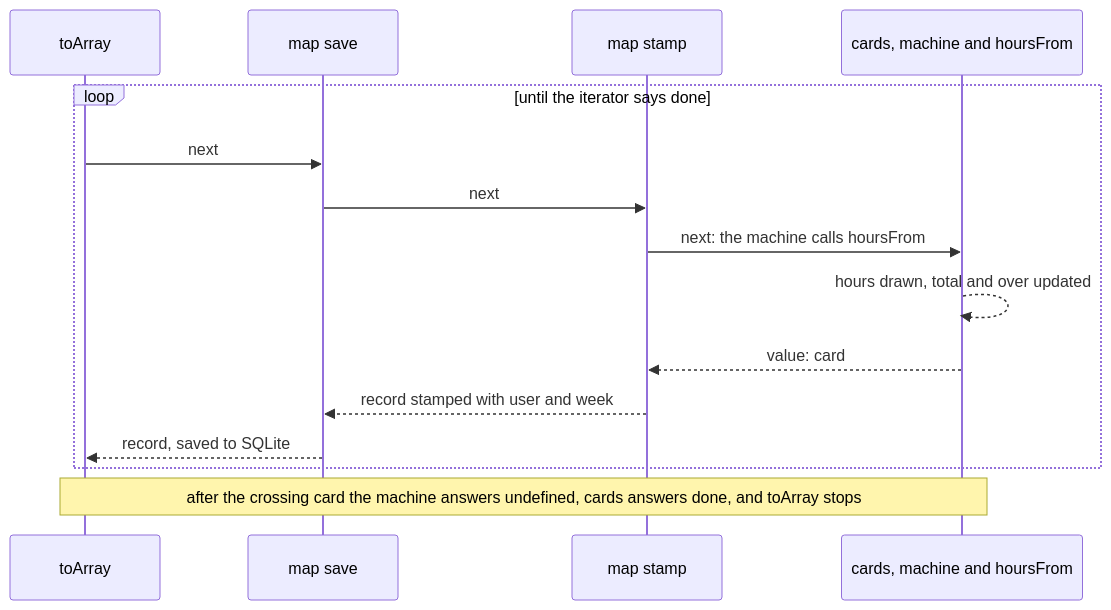
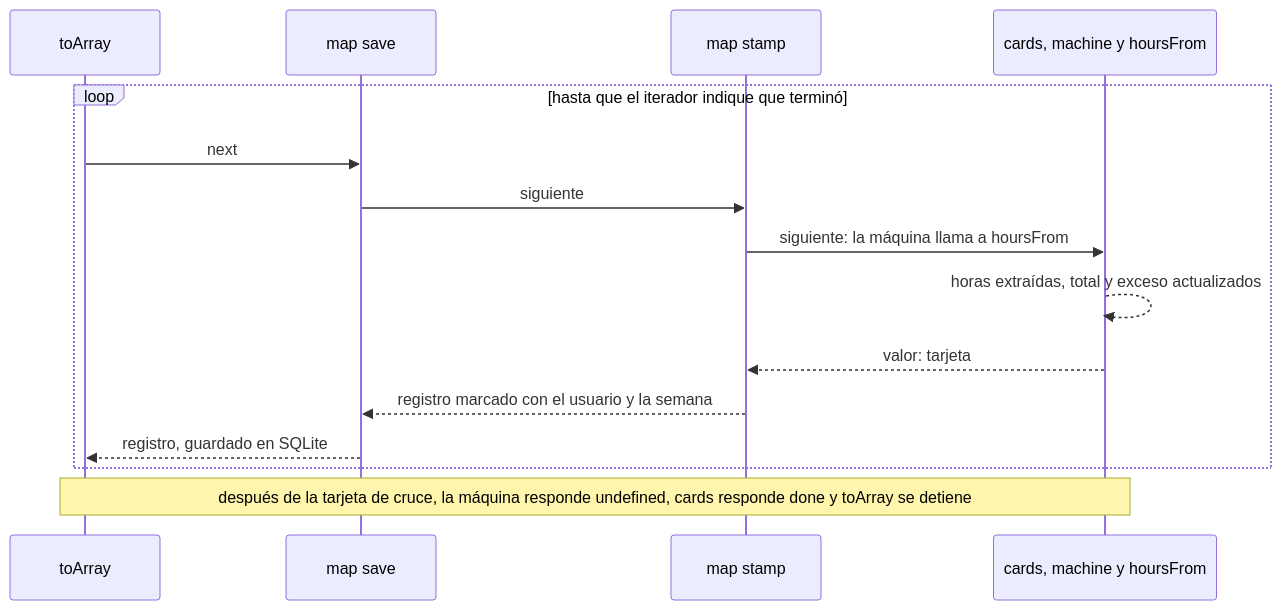
The diagram in src/javascript-weird/README.md (dullroar/aprende-a-programar-como-un-bicho-raro), drawn with Mermaid before and after one commit. The commit also changed other lines of this file and 10 other files, not shown here.

Commit message:
loop(P4-src-9): src/javascript-weird/README.md translated (96 segments); comma, spelled-out number, heading and unit fixes, verb and identifier waivers, closure gloss kept once; anchors relinked

````diff
--- a/src/javascript-weird/README.md
+++ b/src/javascript-weird/README.md
@@ -73,19 +73,19 @@
 ```mermaid
 sequenceDiagram
-    accTitle: javascript-weird: demand pulls each card through three closures and two maps
-    accDescr: A sequence diagram of pull. The call toArray demands a value from the second map, which demands one from the first map, which demands one from the cards iterator. The cards iterator calls the machine closure, which calls the hours closure for a number and moves the generator state. The machine adds the hours to its captured total and sets its stop flag if the total is over 40, and returns the card. The card travels back up: the first map stamps it with the user and week, the second map saves it to SQLite, and toArray collects it. Then toArray demands again. After the crossing card, the machine answers undefined, the iterator answers done, and toArray stops.
+    accTitle: javascript-weird: la demanda (pull) hace pasar cada tarjeta por tres clausuras y dos map
+    accDescr: Un diagrama de secuencia de la demanda (pull). La llamada toArray demanda un valor al segundo map, que demanda uno al primer map, que demanda uno al iterador de tarjetas. El iterador de tarjetas llama a la clausura de la máquina, que llama a la clausura de horas para obtener un número y mueve el estado del generador. La máquina suma las horas a su total capturado, activa su bandera de parada si el total pasa de 40 y devuelve la tarjeta. La tarjeta sube de vuelta: el primer map le pone el usuario y la semana, el segundo map la guarda en SQLite y toArray la recopila. Luego toArray vuelve a demandar. Después de la tarjeta que cruza, la máquina responde undefined, el iterador responde done y toArray se detiene.
     participant T as toArray
     participant S as map save
     participant P as map stamp
-    participant C as cards, machine and hoursFrom
-    loop until the iterator says done
+    participant C as cards, machine y hoursFrom
+    loop hasta que el iterador indique que terminó
         T->>S: next
-        S->>P: next
-        P->>C: next: the machine calls hoursFrom
-        C-->>C: hours drawn, total and over updated
-        C-->>P: value: card
-        P-->>S: record stamped with user and week
-        S-->>T: record, saved to SQLite
+        S->>P: siguiente
+        P->>C: siguiente: la máquina llama a hoursFrom
+        C-->>C: horas extraídas, total y exceso actualizados
+        C-->>P: valor: tarjeta
+        P-->>S: registro marcado con el usuario y la semana
+        S-->>T: registro, guardado en SQLite
     end
-    Note over C,T: after the crossing card the machine answers undefined, cards answers done, and toArray stops
+    Note over C,T: después de la tarjeta de cruce, la máquina responde undefined, cards responde done y toArray se detiene
 ```
````
